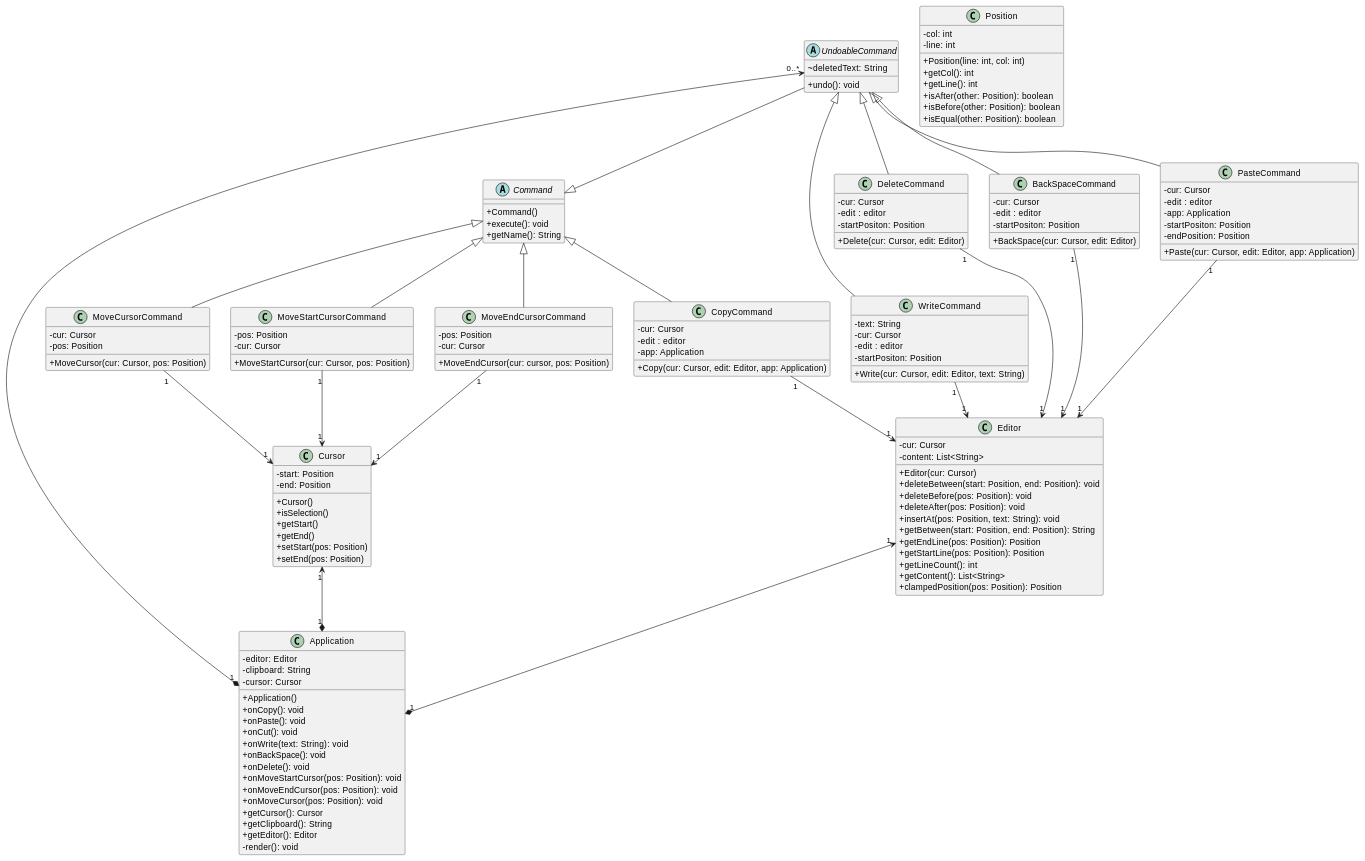
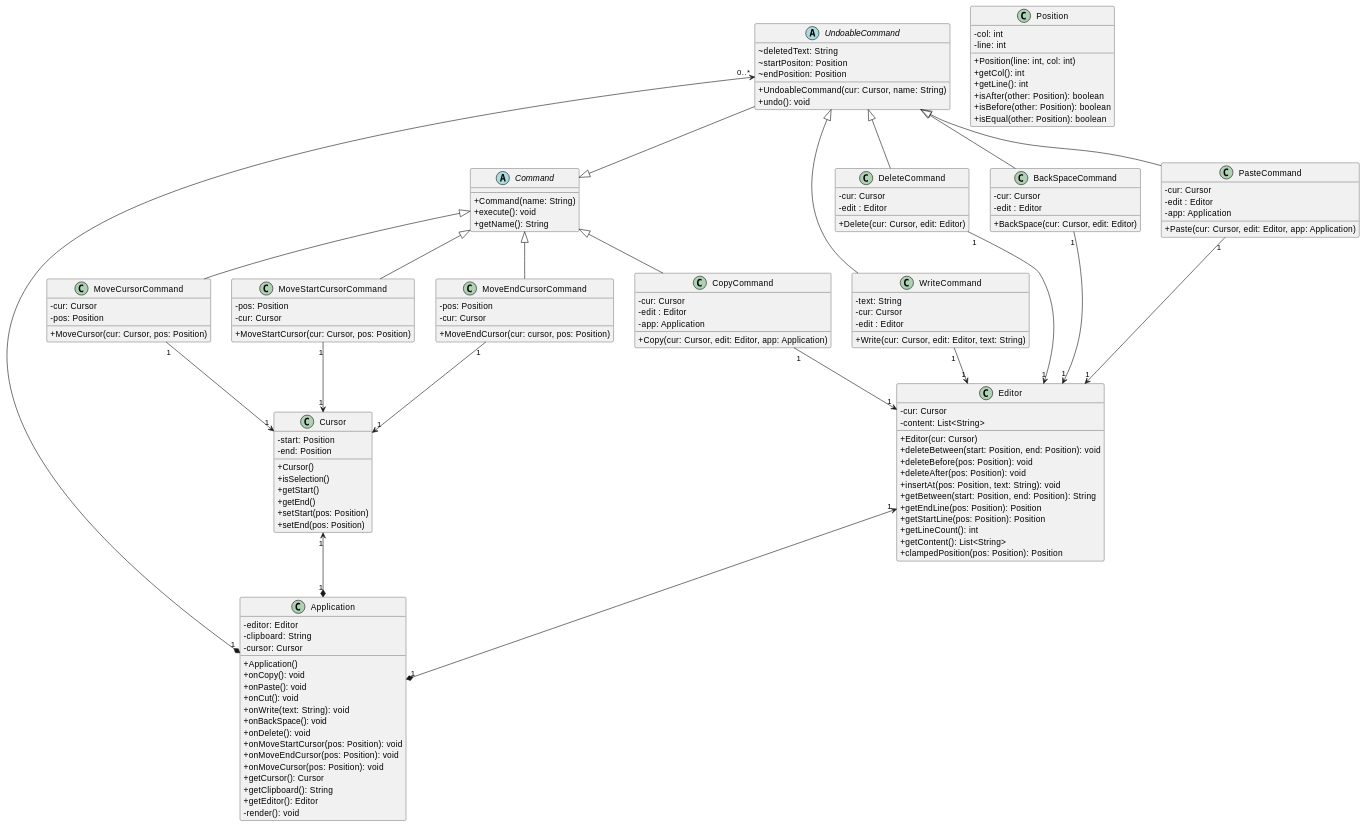
One commit to CodyAdam/another-useless-text-editor changed the fourth of 6 diagrams in README.md. Above: the diagram before and after it, drawn with PlantUML.

Commit message:
startPositon and endPosition in class diagram in UndoableCommand

```diff
--- a/README.md
+++ b/README.md
@@ -435,13 +435,16 @@
     }
 
     Abstract Command{
-        +Command()
+        +Command(name: String)
         +execute(): void
         +getName(): String
     }
 
     Abstract UndoableCommand{
         ~deletedText: String
+        ~startPositon: Position
+        ~endPosition: Position
+        +UndoableCommand(cur: Cursor, name: String)
         +undo(): void
     }
     
@@ -470,38 +473,33 @@
     class WriteCommand {
         -text: String
         -cur: Cursor
-        -edit : editor
-        -startPositon: Position
+        -edit : Editor
         +Write(cur: Cursor, edit: Editor, text: String)
     }
 
     class DeleteCommand {
         -cur: Cursor
-        -edit : editor
-        -startPositon: Position
+        -edit : Editor
         +Delete(cur: Cursor, edit: Editor)
     }
 
     class BackSpaceCommand {
         -cur: Cursor
-        -edit : editor
-        -startPositon: Position
+        -edit : Editor
         +BackSpace(cur: Cursor, edit: Editor)
     }
 
     class CopyCommand {
         -cur: Cursor
-        -edit : editor
+        -edit : Editor
         -app: Application
         +Copy(cur: Cursor, edit: Editor, app: Application)
     }
 
     class PasteCommand {
         -cur: Cursor
-        -edit : editor
+        -edit : Editor
         -app: Application
-        -startPositon: Position
-        -endPosition: Position
         +Paste(cur: Cursor, edit: Editor, app: Application)
     }
 
```
